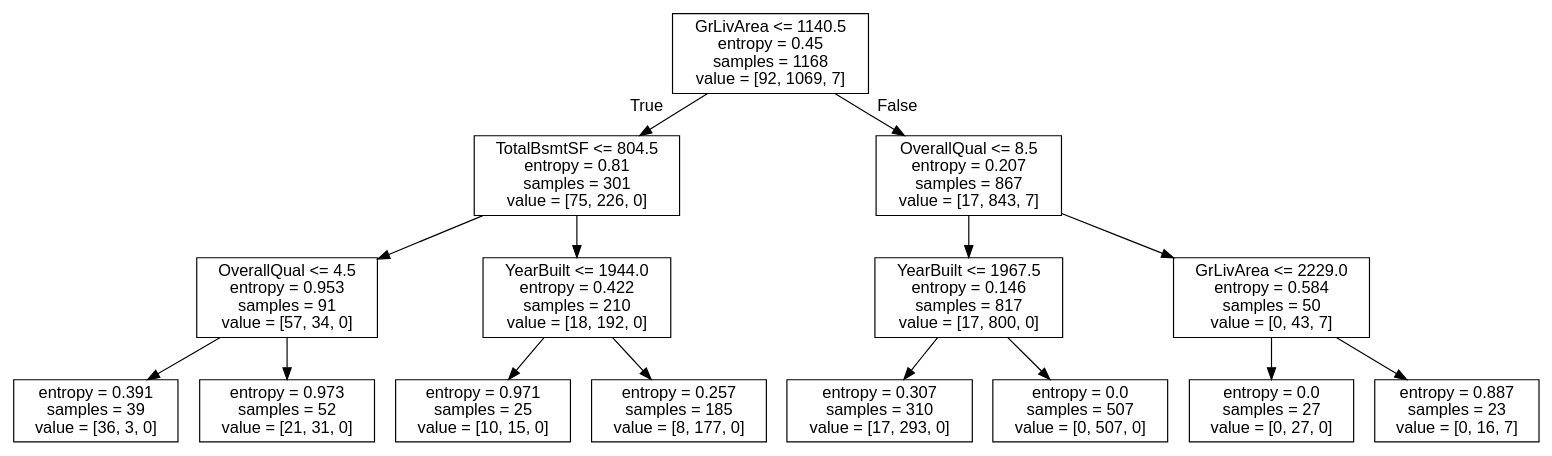
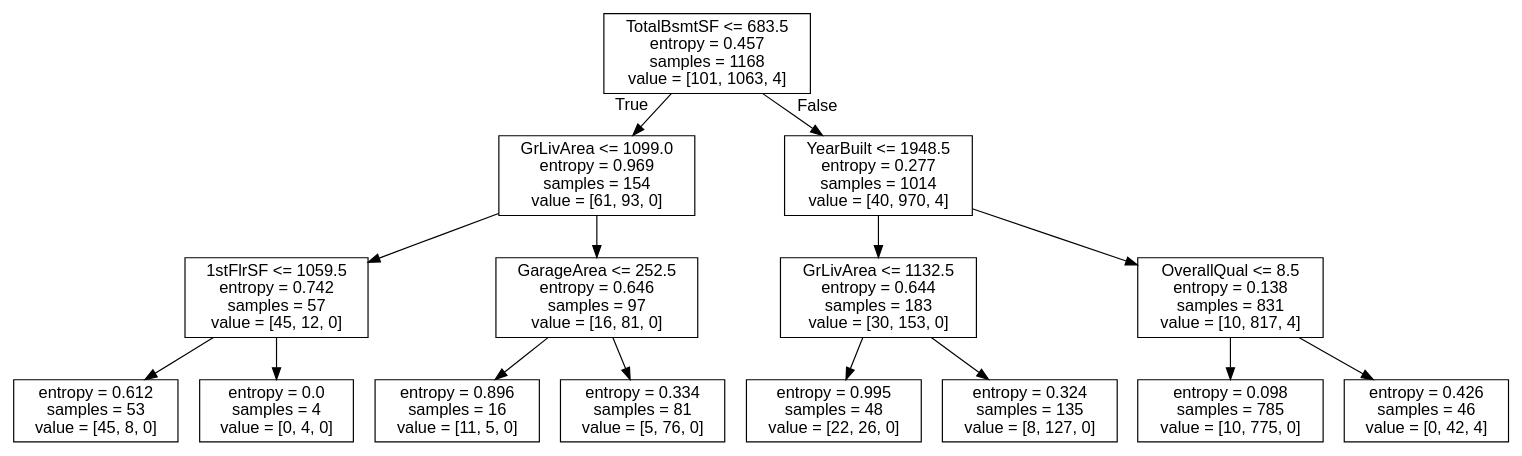
One commit to genomorro/unir changed the diagram in out/dtc.dot. Above: the diagram before and after it, drawn with Graphviz. The commit also changed 2 other files, not shown here.

```diff
--- a/out/dtc.dot
+++ b/out/dtc.dot
@@ -1,33 +1,33 @@
 digraph Tree {
 node [shape=box, fontname="helvetica"] ;
 edge [fontname="helvetica"] ;
-0 [label="GrLivArea <= 1140.5\nentropy = 0.45\nsamples = 1168\nvalue = [92, 1069, 7]"] ;
-1 [label="TotalBsmtSF <= 804.5\nentropy = 0.81\nsamples = 301\nvalue = [75, 226, 0]"] ;
+0 [label="TotalBsmtSF <= 683.5\nentropy = 0.457\nsamples = 1168\nvalue = [101, 1063, 4]"] ;
+1 [label="GrLivArea <= 1099.0\nentropy = 0.969\nsamples = 154\nvalue = [61, 93, 0]"] ;
 0 -> 1 [labeldistance=2.5, labelangle=45, headlabel="True"] ;
-2 [label="OverallQual <= 4.5\nentropy = 0.953\nsamples = 91\nvalue = [57, 34, 0]"] ;
+2 [label="1stFlrSF <= 1059.5\nentropy = 0.742\nsamples = 57\nvalue = [45, 12, 0]"] ;
 1 -> 2 ;
-3 [label="entropy = 0.391\nsamples = 39\nvalue = [36, 3, 0]"] ;
+3 [label="entropy = 0.612\nsamples = 53\nvalue = [45, 8, 0]"] ;
 2 -> 3 ;
-4 [label="entropy = 0.973\nsamples = 52\nvalue = [21, 31, 0]"] ;
+4 [label="entropy = 0.0\nsamples = 4\nvalue = [0, 4, 0]"] ;
 2 -> 4 ;
-5 [label="YearBuilt <= 1944.0\nentropy = 0.422\nsamples = 210\nvalue = [18, 192, 0]"] ;
+5 [label="GarageArea <= 252.5\nentropy = 0.646\nsamples = 97\nvalue = [16, 81, 0]"] ;
 1 -> 5 ;
-6 [label="entropy = 0.971\nsamples = 25\nvalue = [10, 15, 0]"] ;
+6 [label="entropy = 0.896\nsamples = 16\nvalue = [11, 5, 0]"] ;
 5 -> 6 ;
-7 [label="entropy = 0.257\nsamples = 185\nvalue = [8, 177, 0]"] ;
+7 [label="entropy = 0.334\nsamples = 81\nvalue = [5, 76, 0]"] ;
 5 -> 7 ;
-8 [label="OverallQual <= 8.5\nentropy = 0.207\nsamples = 867\nvalue = [17, 843, 7]"] ;
+8 [label="YearBuilt <= 1948.5\nentropy = 0.277\nsamples = 1014\nvalue = [40, 970, 4]"] ;
 0 -> 8 [labeldistance=2.5, labelangle=-45, headlabel="False"] ;
-9 [label="YearBuilt <= 1967.5\nentropy = 0.146\nsamples = 817\nvalue = [17, 800, 0]"] ;
+9 [label="GrLivArea <= 1132.5\nentropy = 0.644\nsamples = 183\nvalue = [30, 153, 0]"] ;
 8 -> 9 ;
-10 [label="entropy = 0.307\nsamples = 310\nvalue = [17, 293, 0]"] ;
+10 [label="entropy = 0.995\nsamples = 48\nvalue = [22, 26, 0]"] ;
 9 -> 10 ;
-11 [label="entropy = 0.0\nsamples = 507\nvalue = [0, 507, 0]"] ;
+11 [label="entropy = 0.324\nsamples = 135\nvalue = [8, 127, 0]"] ;
 9 -> 11 ;
-12 [label="GrLivArea <= 2229.0\nentropy = 0.584\nsamples = 50\nvalue = [0, 43, 7]"] ;
+12 [label="OverallQual <= 8.5\nentropy = 0.138\nsamples = 831\nvalue = [10, 817, 4]"] ;
 8 -> 12 ;
-13 [label="entropy = 0.0\nsamples = 27\nvalue = [0, 27, 0]"] ;
+13 [label="entropy = 0.098\nsamples = 785\nvalue = [10, 775, 0]"] ;
 12 -> 13 ;
-14 [label="entropy = 0.887\nsamples = 23\nvalue = [0, 16, 7]"] ;
+14 [label="entropy = 0.426\nsamples = 46\nvalue = [0, 42, 4]"] ;
 12 -> 14 ;
 }
```
